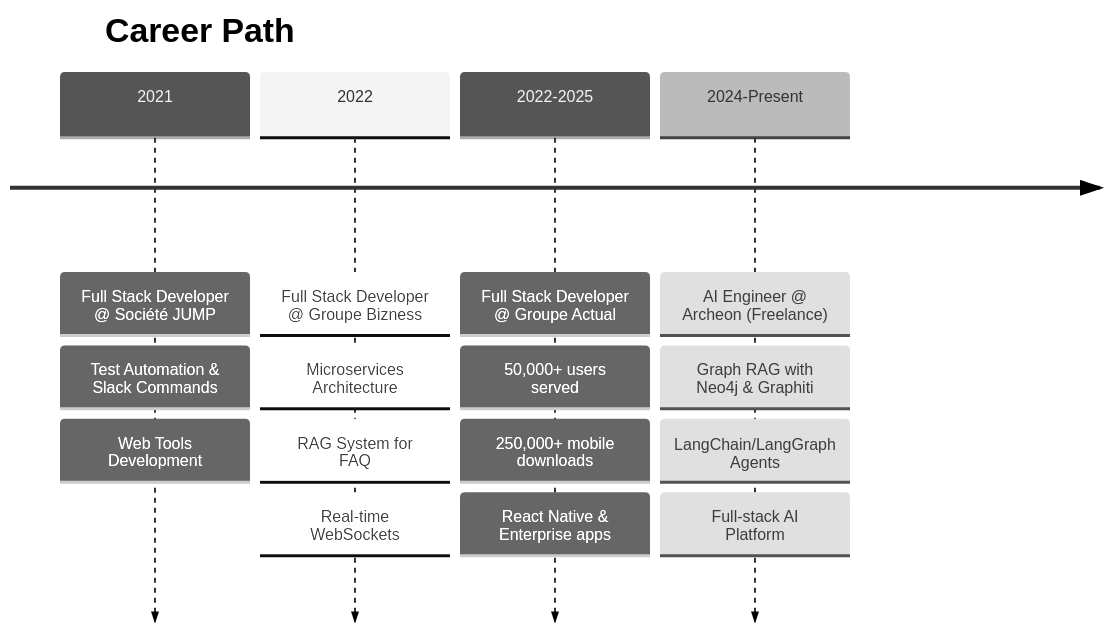
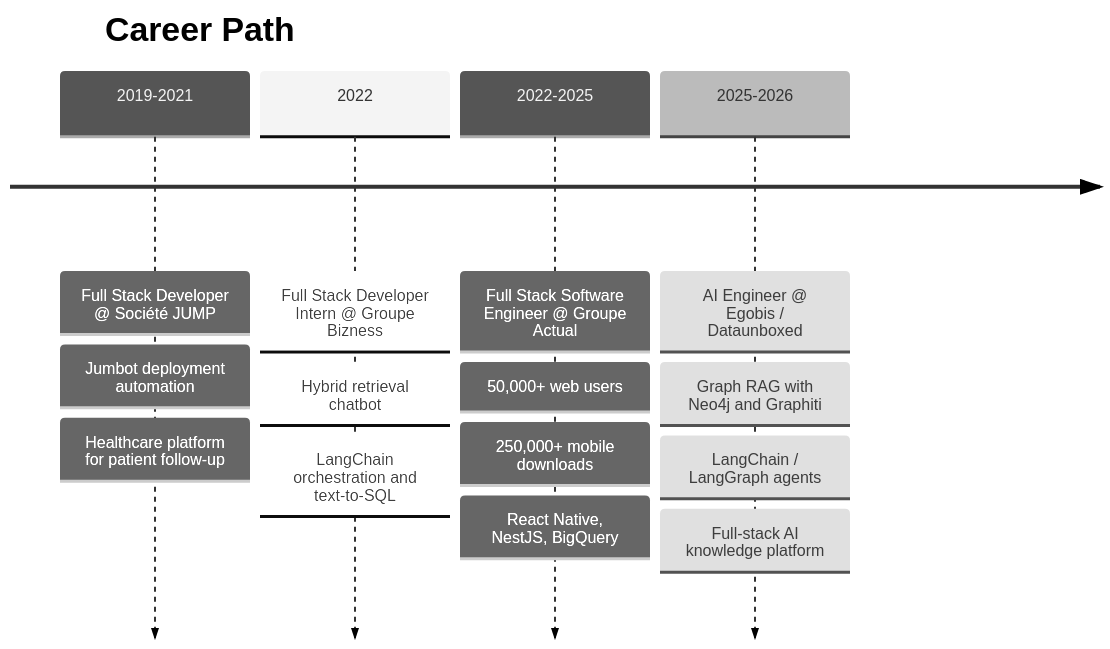
One commit to soymustamahti/soymustamahti changed the second of 2 diagrams in README.md. Above: the diagram before and after it, drawn with Mermaid (neutral theme). The commit also changed other lines of this file, not shown here.

````diff
--- a/README.md
+++ b/README.md
@@ -186,19 +209,18 @@
 ```mermaid
 timeline
     title Career Path
-    2021 : Full Stack Developer @ Société JUMP
-         : Test Automation & Slack Commands
-         : Web Tools Development
-    2022 : Full Stack Developer @ Groupe Bizness
-         : Microservices Architecture
-         : RAG System for FAQ
-         : Real-time WebSockets
-    2022-2025 : Full Stack Developer @ Groupe Actual
-         : 50,000+ users served
-         : 250,000+ mobile downloads
-         : React Native & Enterprise apps
-    2024-Present : AI Engineer @ Archeon (Freelance)
-         : Graph RAG with Neo4j & Graphiti
-         : LangChain/LangGraph Agents
-         : Full-stack AI Platform
+    2019-2021 : Full Stack Developer @ Société JUMP
+              : Jumbot deployment automation
+              : Healthcare platform for patient follow-up
+    2022 : Full Stack Developer Intern @ Groupe Bizness
+         : Hybrid retrieval chatbot
+         : LangChain orchestration and text-to-SQL
+    2022-2025 : Full Stack Software Engineer @ Groupe Actual
+              : 50,000+ web users
+              : 250,000+ mobile downloads
+              : React Native, NestJS, BigQuery
+    2025-2026 : AI Engineer @ Egobis / Dataunboxed
+              : Graph RAG with Neo4j and Graphiti
+              : LangChain / LangGraph agents
+              : Full-stack AI knowledge platform
 ```
````
